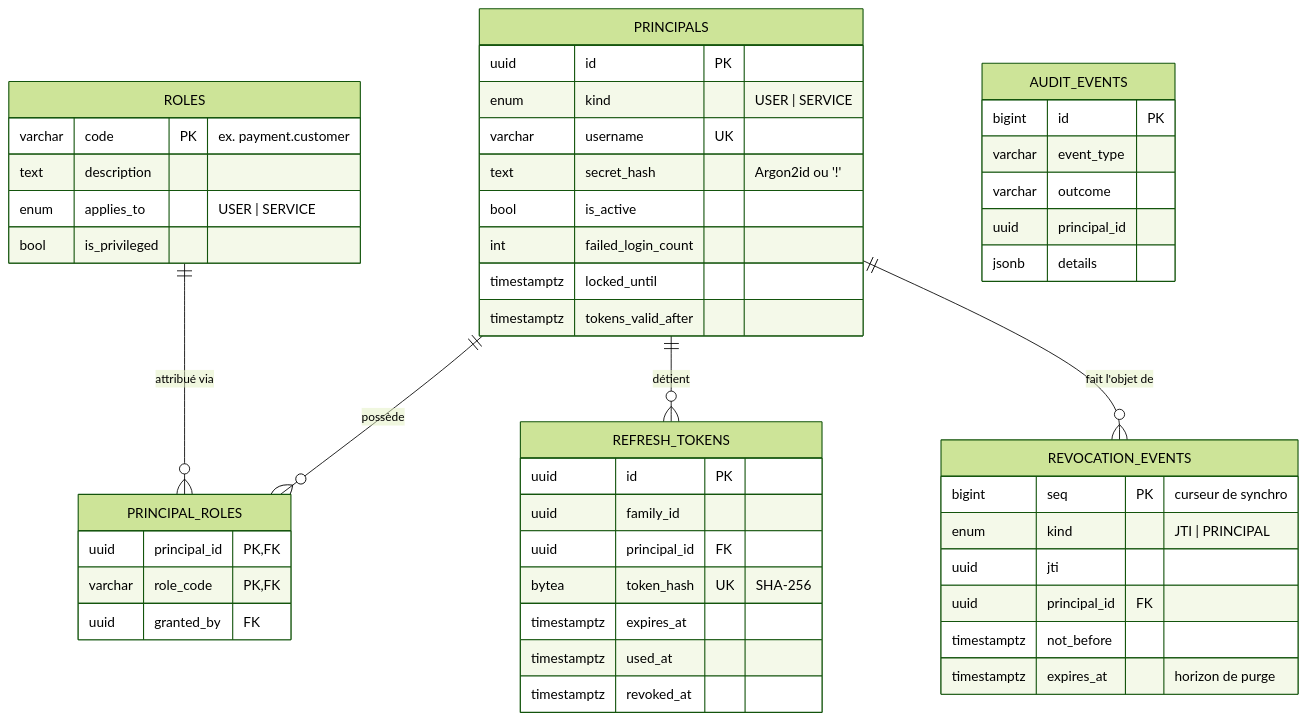
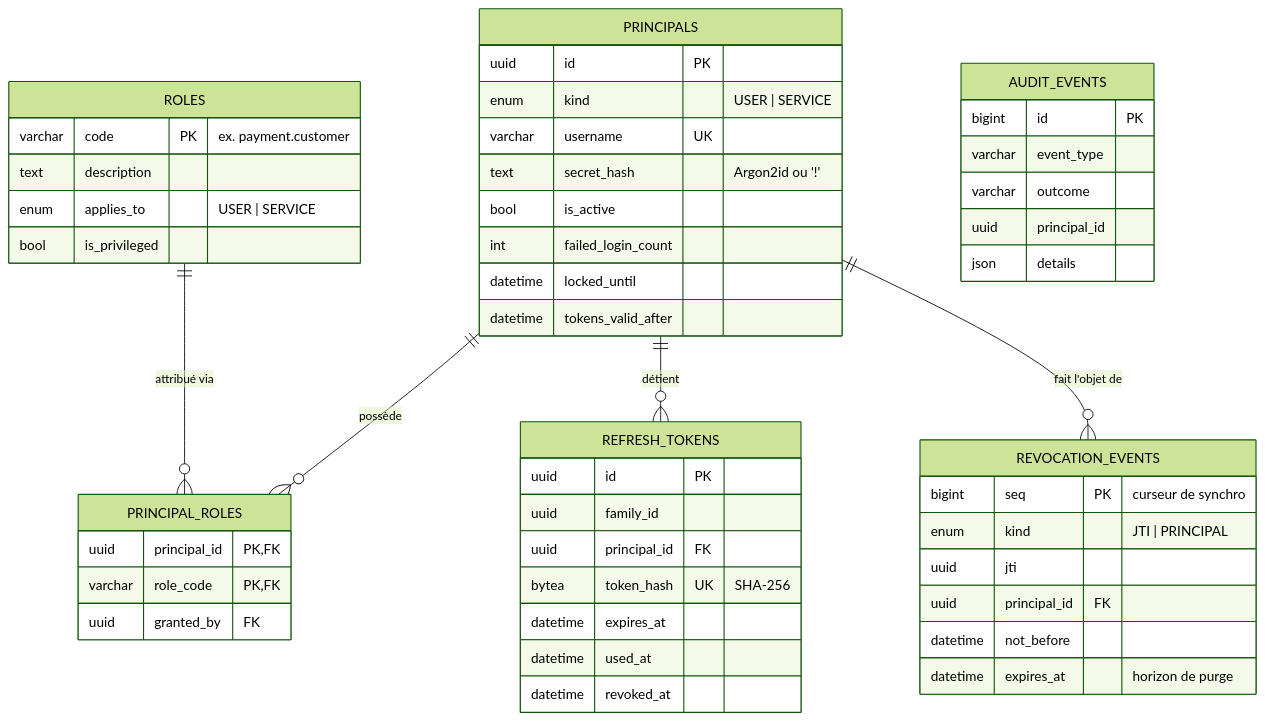
One commit to HexNyo/WorkShop-2026 changed the first of 4 diagrams in docs/02-modele-donnees.md. Above: the diagram before and after it, drawn with Mermaid (forest theme). The commit also changed other lines of this file and 64 other files, not shown here.

````diff
--- a/docs/02-modele-donnees.md
+++ b/docs/02-modele-donnees.md
@@ -15,53 +15,53 @@
 ```mermaid
 erDiagram
     ROLES ||--o{ PRINCIPAL_ROLES : "attribué via"
     PRINCIPALS ||--o{ PRINCIPAL_ROLES : "possède"
     PRINCIPALS ||--o{ REFRESH_TOKENS : "détient"
     PRINCIPALS ||--o{ REVOCATION_EVENTS : "fait l'objet de"
 
     ROLES {
         varchar code PK "ex. payment.customer"
         text description
         enum applies_to "USER | SERVICE"
         bool is_privileged
     }
     PRINCIPALS {
         uuid id PK
         enum kind "USER | SERVICE"
         varchar username UK
         text secret_hash "Argon2id ou '!'"
         bool is_active
         int failed_login_count
-        timestamptz locked_until
-        timestamptz tokens_valid_after
+        datetime locked_until
+        datetime tokens_valid_after
     }
     PRINCIPAL_ROLES {
         uuid principal_id PK,FK
         varchar role_code PK,FK
         uuid granted_by FK
     }
     REFRESH_TOKENS {
         uuid id PK
         uuid family_id
         uuid principal_id FK
         bytea token_hash UK "SHA-256"
-        timestamptz expires_at
-        timestamptz used_at
-        timestamptz revoked_at
+        datetime expires_at
+        datetime used_at
+        datetime revoked_at
     }
     REVOCATION_EVENTS {
         bigint seq PK "curseur de synchro"
         enum kind "JTI | PRINCIPAL"
         uuid jti
         uuid principal_id FK
-        timestamptz not_before
-        timestamptz expires_at "horizon de purge"
+        datetime not_before
+        datetime expires_at "horizon de purge"
     }
     AUDIT_EVENTS {
         bigint id PK
         varchar event_type
         varchar outcome
         uuid principal_id
-        jsonb details
+        json details
     }
 ```
````
